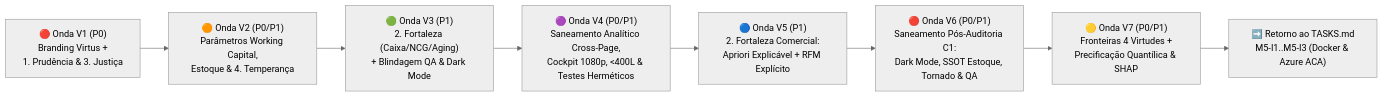
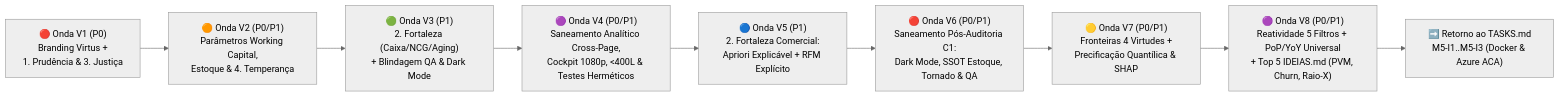
Before and after one commit to DemetrioFim/kyberna: the diagram in TASKS_REFACTORY.md, drawn with Mermaid (neutral theme). The commit also changed other lines of this file, not shown here.

Commit message:
docs(v8): plan Wave V8 filter reactivity, PoP/YoY deltas & top 5 IDEIAS

````diff
--- a/TASKS_REFACTORY.md
+++ b/TASKS_REFACTORY.md
@@ -22,10 +22,11 @@
 ```mermaid
 flowchart LR
     V1["🔴 Onda V1 (P0)<br/>Branding Virtus +<br/>1. Prudência & 3. Justiça"] --> V2["🟠 Onda V2 (P0/P1)<br/>Parâmetros Working Capital,<br/>Estoque & 4. Temperança"]
     V2 --> V3["🟢 Onda V3 (P1)<br/>2. Fortaleza (Caixa/NCG/Aging)<br/>+ Blindagem QA & Dark Mode"]
     V3 --> V4["🟣 Onda V4 (P0/P1)<br/>Saneamento Analítico Cross-Page,<br/>Cockpit 1080p, <400L & Testes Herméticos"]
     V4 --> V5["🔵 Onda V5 (P1)<br/>2. Fortaleza Comercial:<br/>Apriori Explicável + RFM Explícito"]
     V5 --> V6["🔴 Onda V6 (P0/P1)<br/>Saneamento Pós-Auditoria C1:<br/>Dark Mode, SSOT Estoque, Tornado & QA"]
     V6 --> V7["🟡 Onda V7 (P0/P1)<br/>Fronteiras 4 Virtudes +<br/>Precificação Quantílica & SHAP"]
-    V7 --> M5I["➡️ Retorno ao TASKS.md<br/>M5-I1..M5-I3 (Docker & Azure ACA)"]
+    V7 --> V8["🟣 Onda V8 (P0/P1)<br/>Reatividade 5 Filtros + PoP/YoY Universal<br/>+ Top 5 IDEIAS.md (PVM, Churn, Raio-X)"]
+    V8 --> M5I["➡️ Retorno ao TASKS.md<br/>M5-I1..M5-I3 (Docker & Azure ACA)"]
 ```
````
